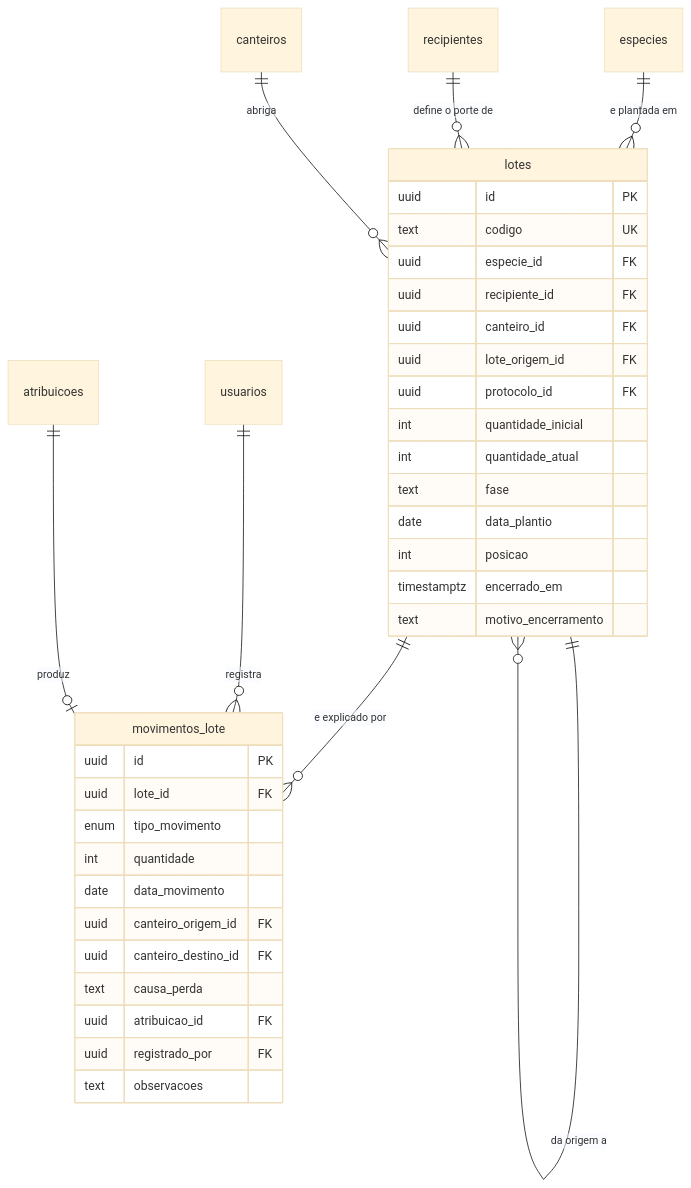
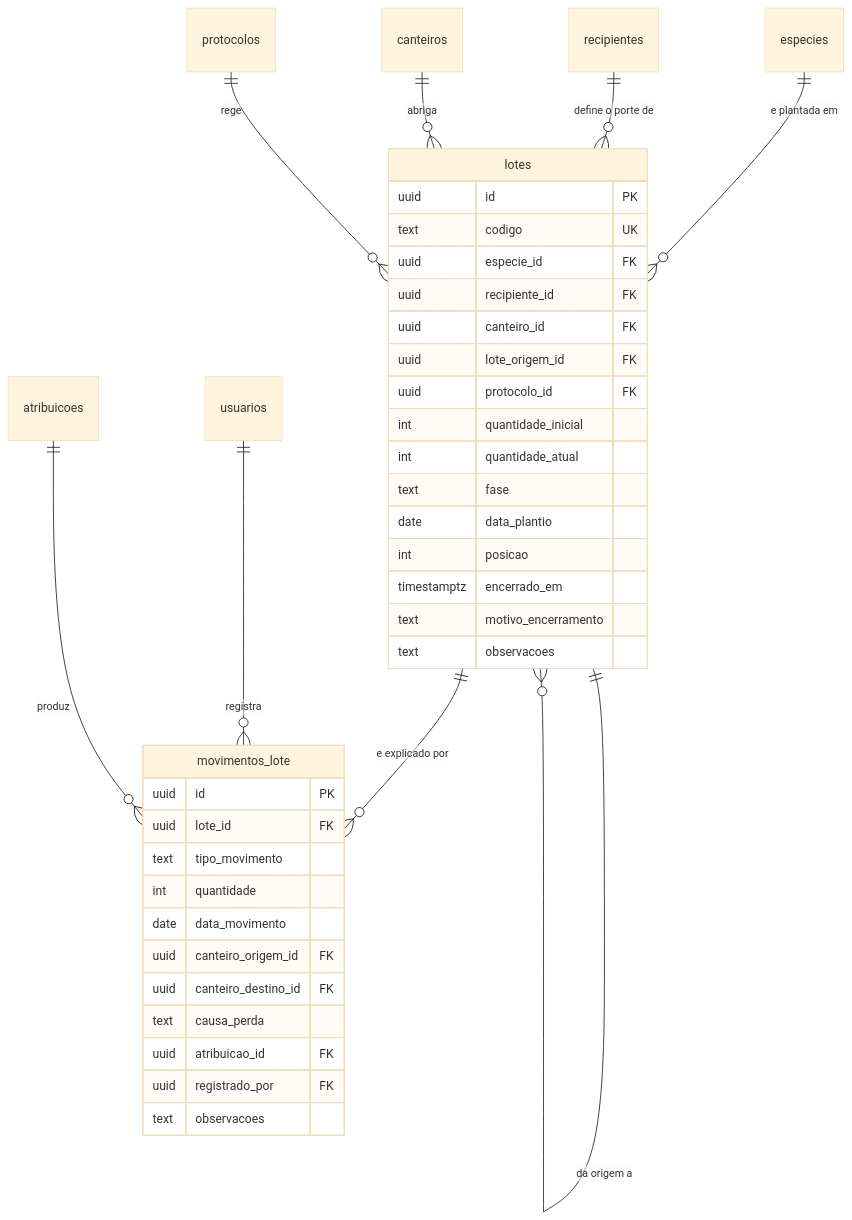
The diagram in docs/engenharia/modelo-dados-pt/mmd/fig15-producao-lote.mmd (JoaoMudar/tcc), drawn with Mermaid (base theme) before and after one commit. The commit also changed 19 other files, not shown here.

First line of the commit message:
fix(modelo-dados): alinha C8, C6 e as figuras ao schema real

```diff
--- a/docs/engenharia/modelo-dados-pt/mmd/fig15-producao-lote.mmd
+++ b/docs/engenharia/modelo-dados-pt/mmd/fig15-producao-lote.mmd
@@ -1,43 +1,46 @@
 erDiagram
   lotes {
     uuid        id PK
     text        codigo UK
     uuid        especie_id FK
     uuid        recipiente_id FK
     uuid        canteiro_id FK
     uuid        lote_origem_id FK
     uuid        protocolo_id FK
     int         quantidade_inicial
     int         quantidade_atual
     text        fase
     date        data_plantio
     int         posicao
     timestamptz encerrado_em
     text        motivo_encerramento
+    text        observacoes
   }
   movimentos_lote {
     uuid id PK
     uuid lote_id FK
-    enum tipo_movimento
+    text tipo_movimento
     int  quantidade
     date data_movimento
     uuid canteiro_origem_id FK
     uuid canteiro_destino_id FK
     text causa_perda
     uuid atribuicao_id FK
     uuid registrado_por FK
     text observacoes
   }
   especies {}
   recipientes {}
   canteiros {}
   usuarios {}
   atribuicoes {}
+  protocolos {}
 
   lotes ||--o{ movimentos_lote : "e explicado por"
   lotes ||--o{ lotes           : "da origem a"
   especies    ||--o{ lotes : "e plantada em"
   recipientes ||--o{ lotes : "define o porte de"
   canteiros   ||--o{ lotes : "abriga"
   usuarios    ||--o{ movimentos_lote : "registra"
-  atribuicoes ||--o| movimentos_lote : "produz"
+  atribuicoes ||--o{ movimentos_lote : "produz"
+  protocolos  ||--o{ lotes : "rege"
```
